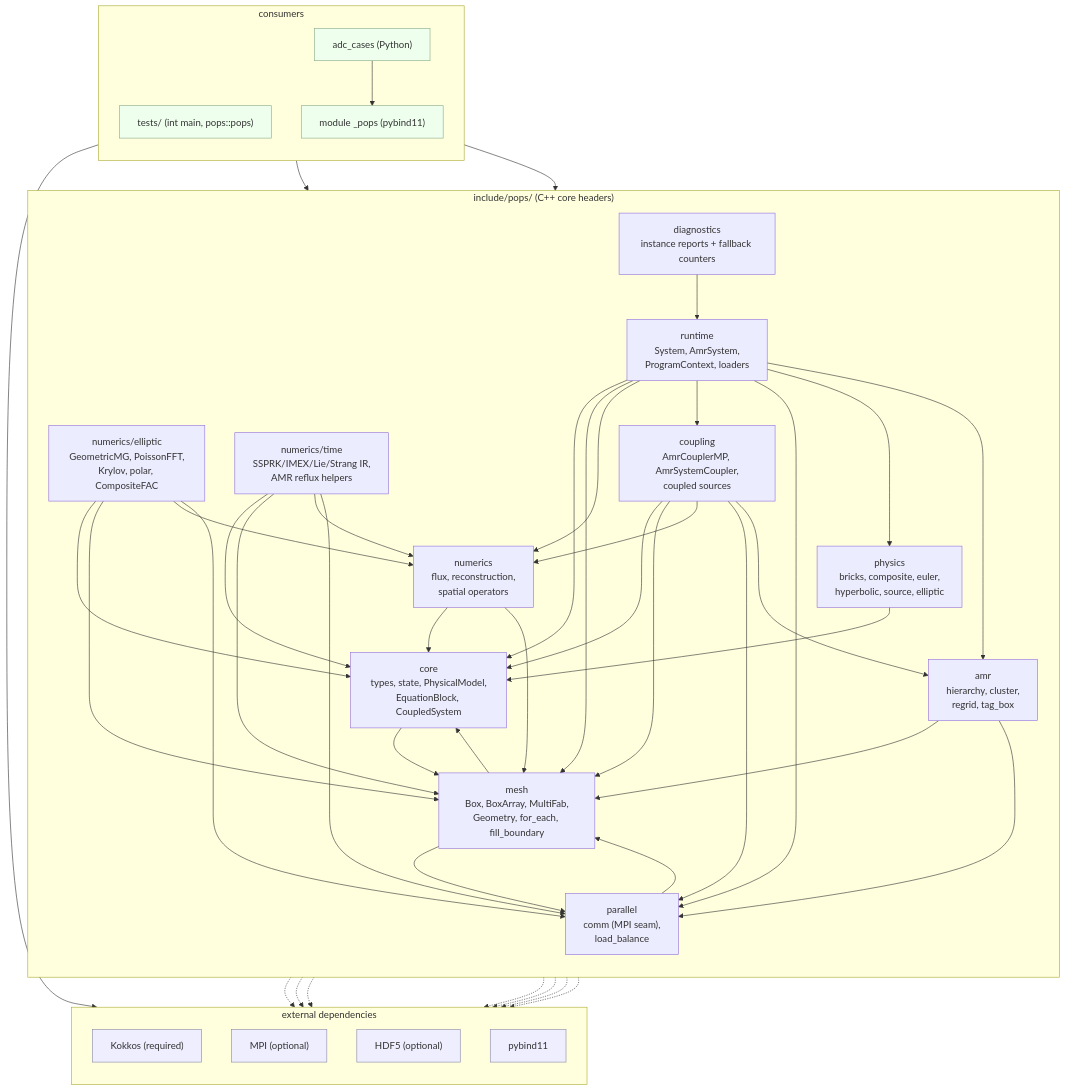
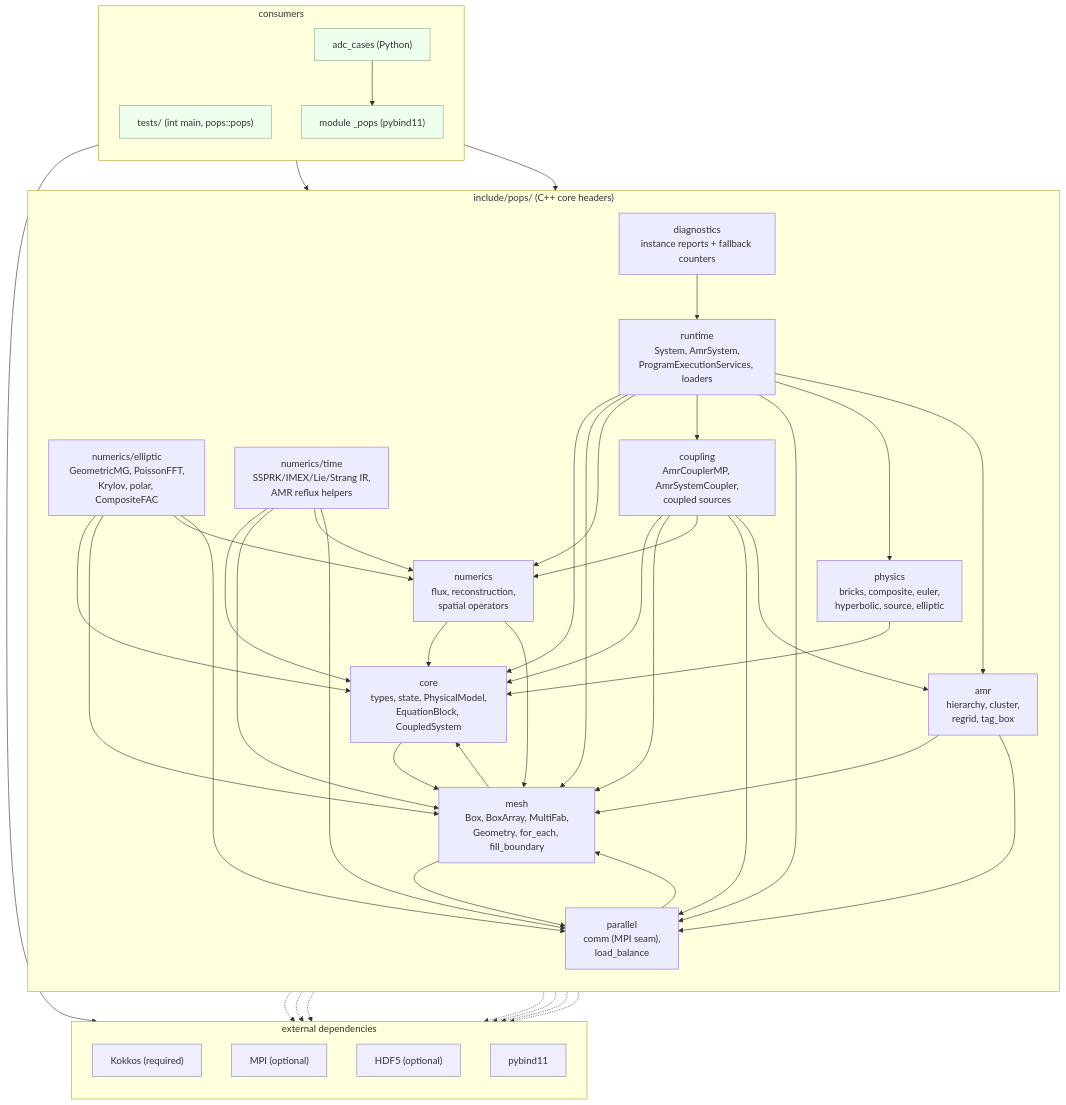
One commit to wolf75222/PoPS changed the first of 3 diagrams in docs/ARCHITECTURE.md. Above: the diagram before and after it, drawn with Mermaid. The commit also changed other lines of this file and 314 other files, not shown here.

````diff
--- a/docs/ARCHITECTURE.md
+++ b/docs/ARCHITECTURE.md
@@ -51,81 +51,81 @@
 ```mermaid
 flowchart TD
   subgraph pops["include/pops/ (C++ core headers)"]
     direction TB
     core["core<br/>types, state, PhysicalModel,<br/>EquationBlock, CoupledSystem"]
     physics["physics<br/>bricks, composite, euler,<br/>hyperbolic, source, elliptic"]
     mesh["mesh<br/>Box, BoxArray, MultiFab,<br/>Geometry, for_each, fill_boundary"]
     parallel["parallel<br/>comm (MPI seam),<br/>load_balance"]
     numerics["numerics<br/>flux, reconstruction,<br/>spatial operators"]
     elliptic["numerics/elliptic<br/>GeometricMG, PoissonFFT,<br/>Krylov, polar, CompositeFAC"]
     timed["numerics/time<br/>SSPRK/IMEX/Lie/Strang IR,<br/>AMR reflux helpers"]
     amr["amr<br/>hierarchy, cluster,<br/>regrid, tag_box"]
     coupling["coupling<br/>AmrCouplerMP, AmrSystemCoupler,<br/>coupled sources"]
-    runtime["runtime<br/>System, AmrSystem,<br/>ProgramContext, loaders"]
+    runtime["runtime<br/>System, AmrSystem,<br/>ProgramExecutionServices, loaders"]
     diagnostics["diagnostics<br/>instance reports + fallback counters"]
   end
 
   subgraph ext["external dependencies"]
     direction TB
     kokkos["Kokkos (required)"]
     mpi["MPI (optional)"]
     hdf5["HDF5 (optional)"]
     pybind["pybind11"]
   end
 
   subgraph cons["consumers"]
     direction TB
     tests["tests/ (int main, pops::pops)"]
     pymod["module _pops (pybind11)"]
     cases["adc_cases (Python)"]
   end
 
   mesh --> core
   mesh --> parallel
   parallel --> mesh
   physics --> core
   core --> mesh
   numerics --> core
   numerics --> mesh
   elliptic --> core
   elliptic --> mesh
   elliptic --> numerics
   elliptic --> parallel
   timed --> core
   timed --> mesh
   timed --> numerics
   timed --> parallel
   amr --> mesh
   amr --> parallel
   coupling --> core
   coupling --> mesh
   coupling --> numerics
   coupling --> parallel
   coupling --> amr
   runtime --> core
   runtime --> mesh
   runtime --> numerics
   runtime --> coupling
   runtime --> parallel
   runtime --> physics
   runtime --> amr
   diagnostics --> runtime
 
   mesh -.-> kokkos
   core -.-> kokkos
   numerics -.-> kokkos
   parallel -.-> mpi
   mesh -.-> mpi
   elliptic -.-> mpi
   runtime -.-> hdf5
 
   tests --> runtime
   pymod --> runtime
   pymod --> pybind
   cases --> pymod
 
   classDef extcls fill:#eef,stroke:#88a;
   classDef conscls fill:#efe,stroke:#8a8;
   class kokkos,mpi,hdf5,pybind extcls;
   class tests,pymod,cases conscls;
 ```
````
